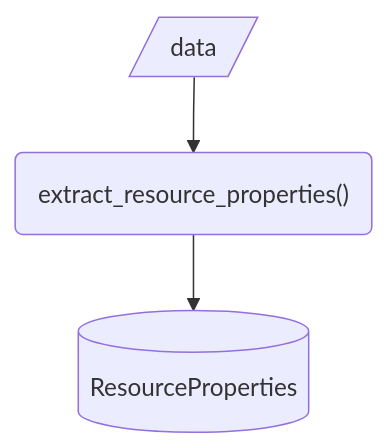
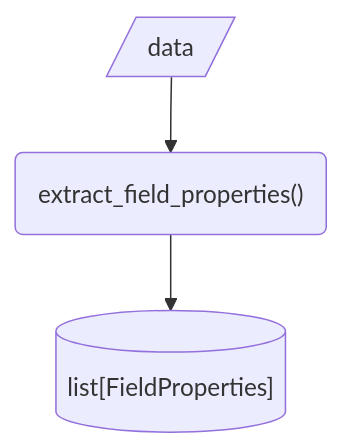
Before and after one commit to seedcase-project/seedcase-sprout: the eighth of 14 diagrams in docs/design/interface/functions.qmd, drawn with Mermaid. The commit also changed other lines of this file and 3 other files, not shown here.

First line of the commit message:
docs: :pencil2: rename leftovers and move `field_properties` into `ResourceProperties` (#1446)

````diff
--- a/docs/design/interface/functions.qmd
+++ b/docs/design/interface/functions.qmd
@@ -176,8 +176,8 @@
 ```{mermaid}
 flowchart
     in_data_path[/data/]
-    function("extract_resource_properties()")
-    out[("ResourceProperties")]
+    function("extract_field_properties()")
+    out[("list[FieldProperties]")]
     in_data_path --> function
     function --> out
 ```
````
